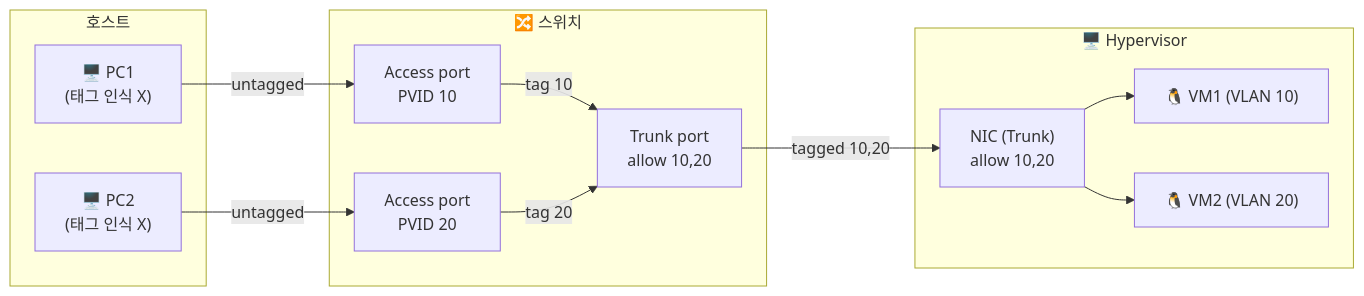
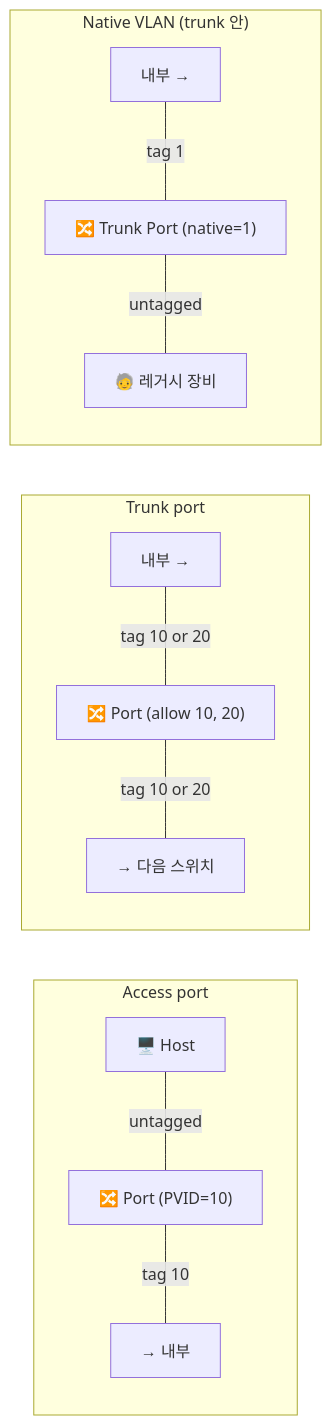
The third of 11 diagrams in src/content/posts/2026-01-20-About VLAN.md (vanillacake369/vanillacake369.github.io), drawn with Mermaid before and after one commit. The commit also changed other lines of this file, not shown here.

First line of the commit message:
refactor(post): About VLAN — rewrite as concept+labs article

````diff
--- a/src/content/posts/2026-01-20-About VLAN.md
+++ b/src/content/posts/2026-01-20-About VLAN.md
@@ -60,24 +245,23 @@
 ```mermaid
 flowchart LR
-    subgraph PCs["호스트"]
-        PC1["🖥️ PC1<br/>(태그 인식 X)"]
-        PC2["🖥️ PC2<br/>(태그 인식 X)"]
+    subgraph A["Access port"]
+        AH["🖥️ Host"]
+        AP["🔀 Port (PVID=10)"]
+        AH ---|"untagged"| AP
+        AP ---|"tag 10"| AOUT["→ 내부"]
     end
-    subgraph SW["🔀 스위치"]
-        AP1["Access port<br/>PVID 10"]
-        AP2["Access port<br/>PVID 20"]
-        TP["Trunk port<br/>allow 10,20"]
+    subgraph T["Trunk port"]
+        TIN["내부 →"]
+        TP["🔀 Port (allow 10, 20)"]
+        TOUT["→ 다음 스위치"]
+        TIN ---|"tag 10 or 20"| TP
+        TP ---|"tag 10 or 20"| TOUT
     end
-    subgraph Server["🖥️ Hypervisor"]
-        NIC["NIC (Trunk)<br/>allow 10,20"]
-        VM1["🐧 VM1 (VLAN 10)"]
-        VM2["🐧 VM2 (VLAN 20)"]
+    subgraph N["Native VLAN (trunk 안)"]
+        NIN["내부 →"]
+        NP["🔀 Trunk Port (native=1)"]
+        NLEG["🧓 레거시 장비"]
+        NIN ---|"tag 1"| NP
+        NP ---|"untagged"| NLEG
     end
-    PC1 -->|"untagged"| AP1
-    PC2 -->|"untagged"| AP2
-    AP1 -->|"tag 10"| TP
-    AP2 -->|"tag 20"| TP
-    TP -->|"tagged 10,20"| NIC
-    NIC --> VM1
-    NIC --> VM2
 ```
````
